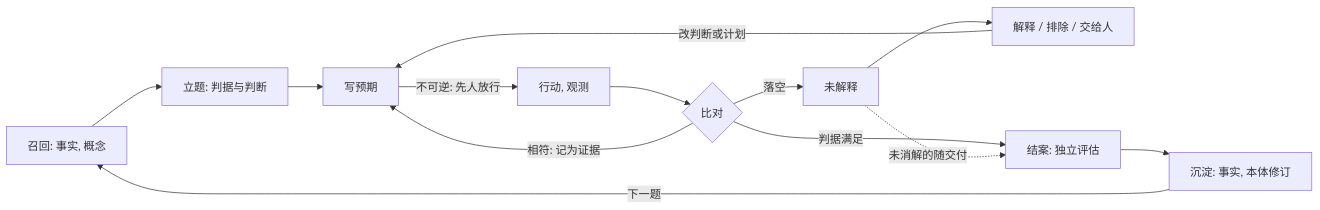
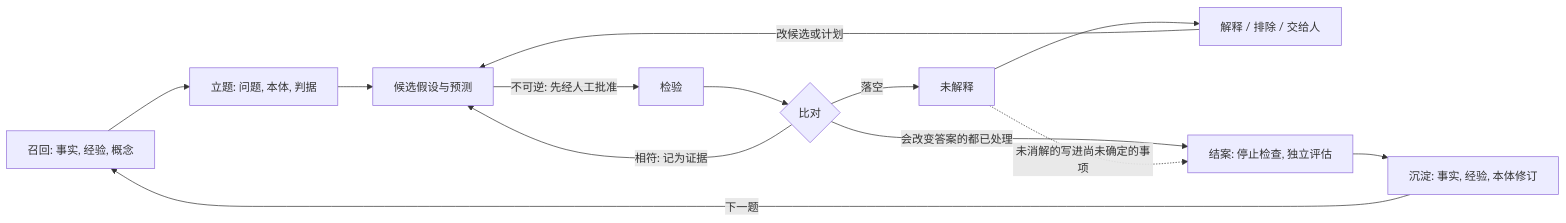
One commit to Clearailhc/clearai-dsh changed the diagram in docs/epistemic-loop.zh-CN.md. Above: the diagram before and after it, drawn with Mermaid. The commit also changed other lines of this file and 28 other files, not shown here.

````diff
--- a/docs/epistemic-loop.zh-CN.md
+++ b/docs/epistemic-loop.zh-CN.md
@@ -23,15 +23,15 @@
 ```mermaid
 flowchart LR
-    R[召回: 事实, 概念] --> F[立题: 判据与判断]
-    F --> X[写预期]
-    X -->|不可逆: 先人放行| A[行动, 观测]
+    R[召回: 事实, 经验, 概念] --> F[立题: 问题, 本体, 判据]
+    F --> H[候选假设与预测]
+    H -->|不可逆: 先经人工批准| A[检验]
     A --> C{比对}
-    C -->|相符: 记为证据| X
+    C -->|相符: 记为证据| H
     C -->|落空| U[未解释]
     U --> S[解释 / 排除 / 交给人]
-    S -->|改判断或计划| X
-    C -->|判据满足| Z[结案: 独立评估]
-    U -.未消解的随交付.-> Z
-    Z --> D[沉淀: 事实, 本体修订]
+    S -->|改候选或计划| H
+    C -->|会改变答案的都已处理| Z[结案: 停止检查, 独立评估]
+    U -.未消解的写进尚未确定的事项.-> Z
+    Z --> D[沉淀: 事实, 经验, 本体修订]
     D -->|下一题| R
 ```
````
